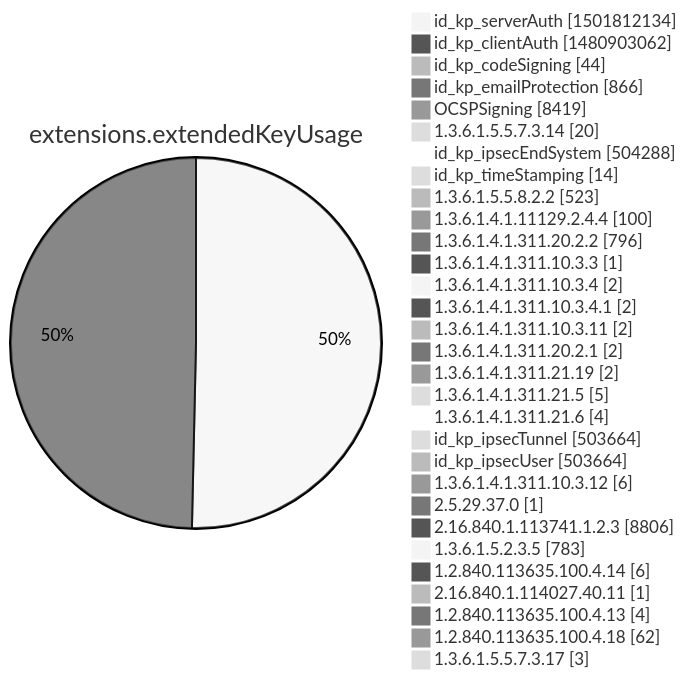
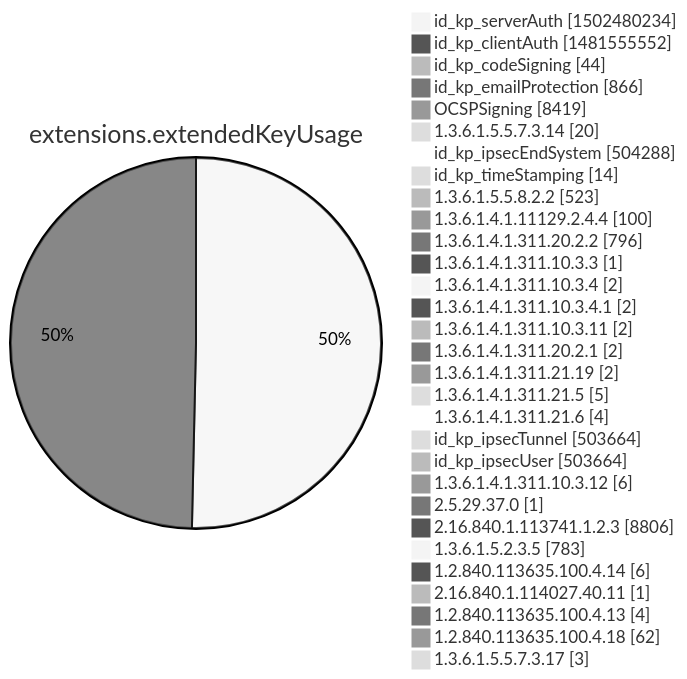
Diagram 12 of 15 in argon2022/README.md (christiankrug/ctmonitor_visualization), drawn with Mermaid (neutral theme) before and after one commit. The commit also changed other lines of this file, not shown here.

````diff
--- a/argon2022/README.md
+++ b/argon2022/README.md
@@ -3555,34 +3555,34 @@
 ```mermaid
 pie showData
 title extensions.extendedKeyUsage
-"id_kp_serverAuth" :1501812134
-"id_kp_clientAuth" :1480903062
+"id_kp_serverAuth" :1502480234
+"id_kp_clientAuth" :1481555552
 "id_kp_codeSigning" :44
 "id_kp_emailProtection" :866
 "OCSPSigning" :8419
 "1.3.6.1.5.5.7.3.14" :20
 "id_kp_ipsecEndSystem" :504288
 "id_kp_timeStamping" :14
 "1.3.6.1.5.5.8.2.2" :523
 "1.3.6.1.4.1.11129.2.4.4" :100
 "1.3.6.1.4.1.311.20.2.2" :796
 "1.3.6.1.4.1.311.10.3.3" :1
 "1.3.6.1.4.1.311.10.3.4" :2
 "1.3.6.1.4.1.311.10.3.4.1" :2
 "1.3.6.1.4.1.311.10.3.11" :2
 "1.3.6.1.4.1.311.20.2.1" :2
 "1.3.6.1.4.1.311.21.19" :2
 "1.3.6.1.4.1.311.21.5" :5
 "1.3.6.1.4.1.311.21.6" :4
 "id_kp_ipsecTunnel" :503664
 "id_kp_ipsecUser" :503664
 "1.3.6.1.4.1.311.10.3.12" :6
 "2.5.29.37.0" :1
 "2.16.840.1.113741.1.2.3" :8806
 "1.3.6.1.5.2.3.5" :783
 "1.2.840.113635.100.4.14" :6
 "2.16.840.1.114027.40.11" :1
 "1.2.840.113635.100.4.13" :4
 "1.2.840.113635.100.4.18" :62
 "1.3.6.1.5.5.7.3.17" :3
 ```
````
